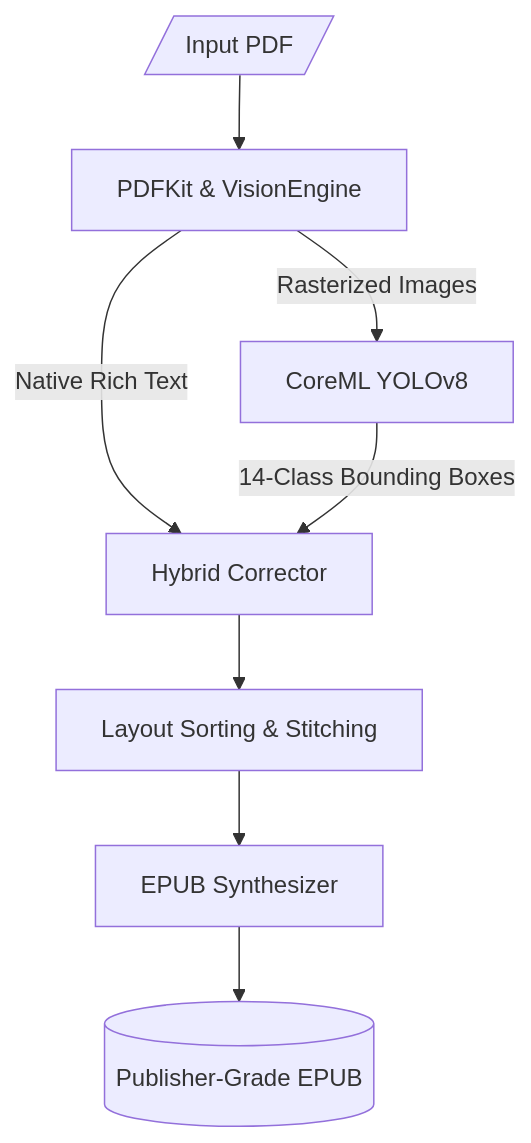
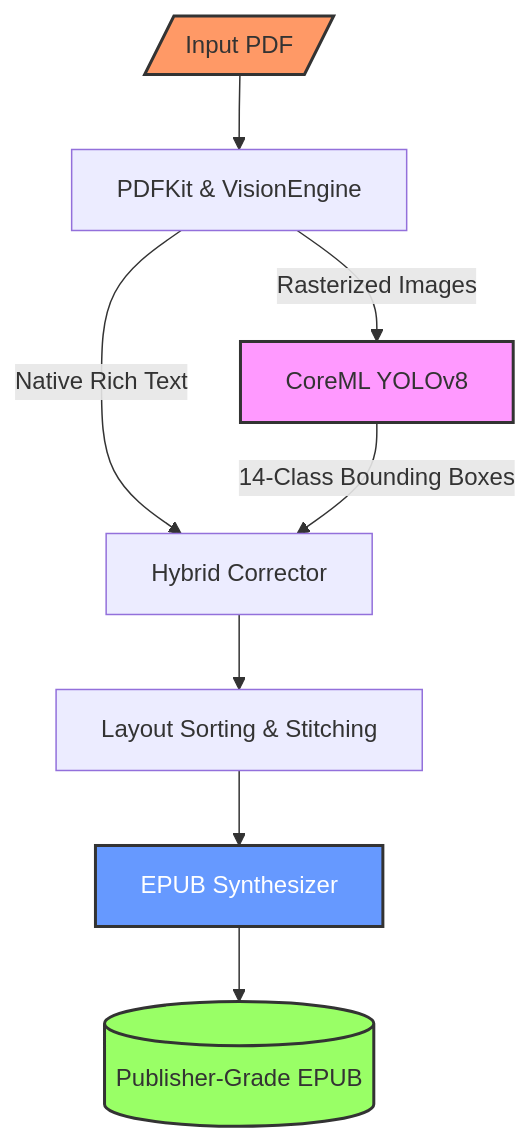
The second of 2 diagrams in README.md (codinguniversefromEric/Make_it_Flow), drawn with Mermaid before and after one commit. The commit also changed other lines of this file, not shown here.

Commit message:
docs: restore diagram styling colors while keeping DFD shapes

````diff
--- a/README.md
+++ b/README.md
@@ -42,14 +46,19 @@
 ```mermaid
 flowchart TD
     A[/"Input PDF"/] --> B["PDFKit & VisionEngine"]
     
     B -->|Rasterized Images| C["CoreML YOLOv8"]
     B -->|Native Rich Text| D["Hybrid Corrector"]
     
     C -->|14-Class Bounding Boxes| D
     
     D --> E["Layout Sorting & Stitching"]
     E --> F["EPUB Synthesizer"]
     
     F --> G[("Publisher-Grade EPUB")]
+    
+    style A fill:#f96,stroke:#333,stroke-width:2px
+    style G fill:#9f6,stroke:#333,stroke-width:2px
+    style C fill:#f9f,stroke:#333,stroke-width:2px
+    style F fill:#69f,stroke:#333,stroke-width:2px,color:#fff
 ```
````
